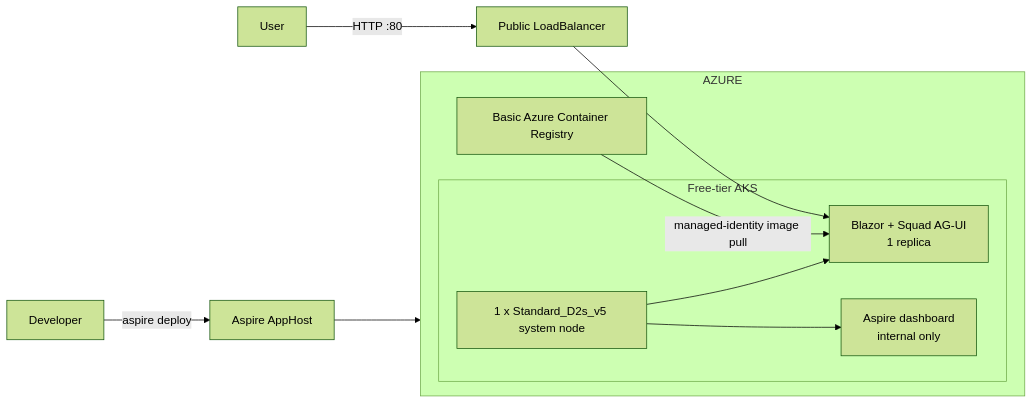
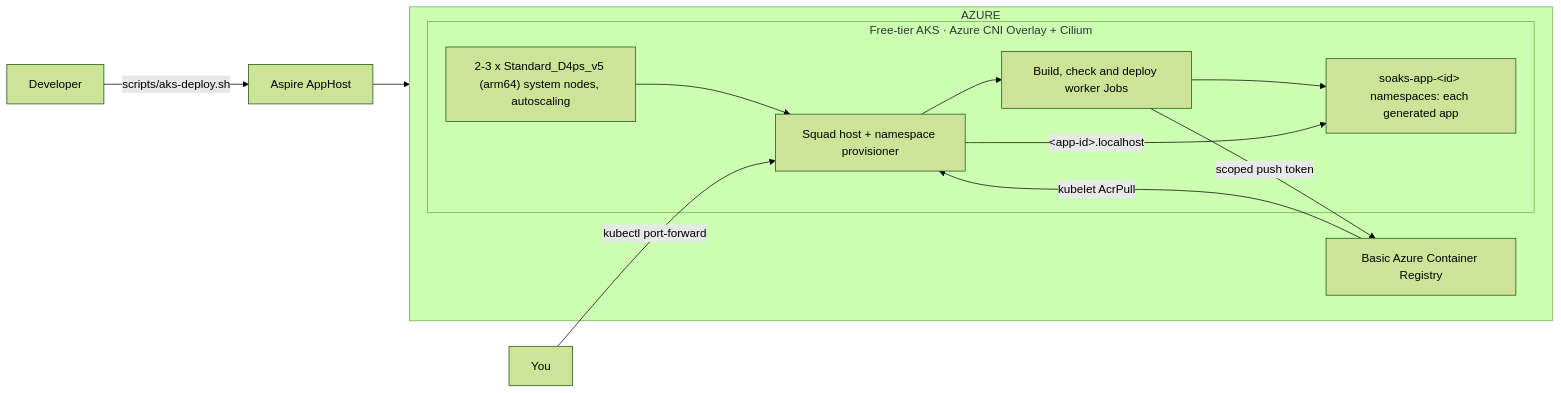
Before and after one commit to bradygaster/squad-on-aks: the diagram in docs/deployment.md, drawn with Mermaid (forest theme). The commit also changed other lines of this file and 7 other files, not shown here.

````diff
--- a/docs/deployment.md
+++ b/docs/deployment.md
@@ -13,22 +13,25 @@
 ```mermaid
 flowchart LR
-    DEV["Developer"] -->|"aspire deploy"| APPHOST["Aspire AppHost"]
+    DEV["Developer"] -->|"scripts/aks-deploy.sh"| APPHOST["Aspire AppHost"]
     APPHOST --> AZURE["Azure resource group"]
 
     subgraph AZURE
         ACR["Basic Azure Container Registry"]
 
-        subgraph AKS["Free-tier AKS"]
-            NODE["1 x Standard_D2s_v5 system node"]
-            APP["Blazor + Squad AG-UI<br/>1 replica"]
-            DASH["Aspire dashboard<br/>internal only"]
+        subgraph AKS["Free-tier AKS · Azure CNI Overlay + Cilium"]
+            NODE["2-3 x Standard_D4ps_v5 (arm64) system nodes, autoscaling"]
+            APP["Squad host + namespace provisioner"]
+            JOBS["Build, check and deploy worker Jobs"]
+            APPS["soaks-app-&lt;id&gt; namespaces: each generated app"]
             NODE --> APP
-            NODE --> DASH
+            APP --> JOBS
+            JOBS --> APPS
         end
 
-        ACR -->|"managed-identity image pull"| APP
+        ACR -->|"kubelet AcrPull"| APP
+        JOBS -->|"scoped push token"| ACR
     end
 
-    USER["User"] -->|"HTTP :80"| LB["Public LoadBalancer"]
-    LB --> APP
+    USER["You"] -->|"kubectl port-forward"| APP
+    APP -->|"&lt;app-id&gt;.localhost"| APPS
 ```
````
